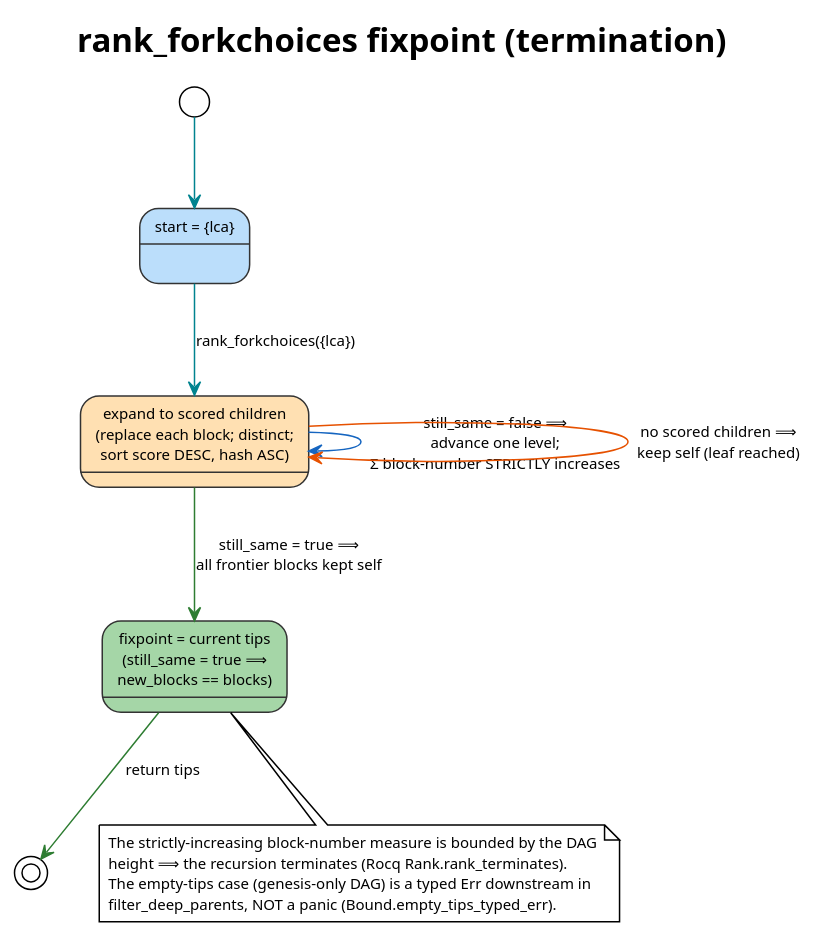
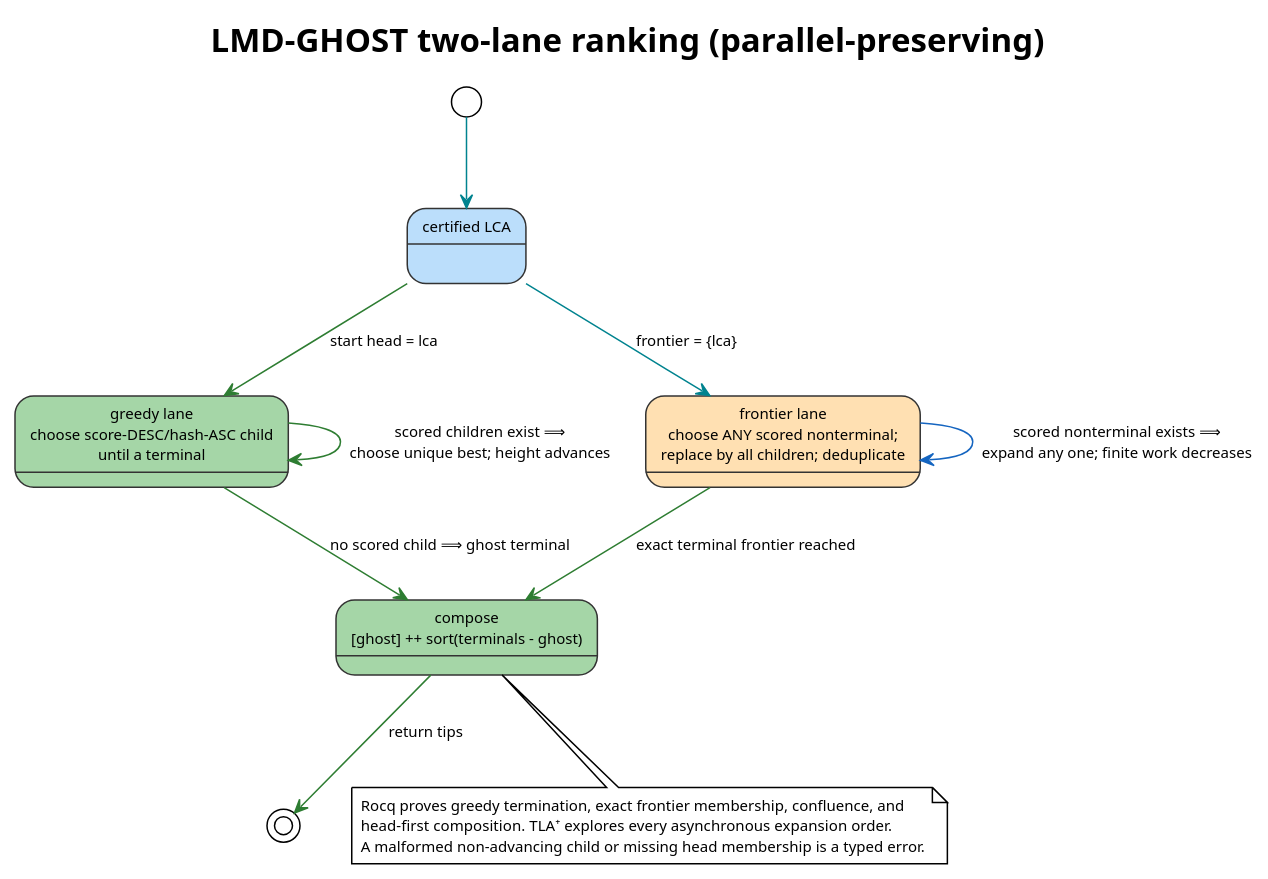
One commit to F1R3FLY-io/f1r3node-rust changed the diagram in docs/theory/fork-choice/diagrams/06-state-rank-fixpoint.puml. Above: the diagram before and after it, drawn with PlantUML. The commit also changed other lines of this file and 859 other files, not shown here.

```diff
--- a/docs/theory/fork-choice/diagrams/06-state-rank-fixpoint.puml
+++ b/docs/theory/fork-choice/diagrams/06-state-rank-fixpoint.puml
@@ -16,48 +14,50 @@
 @startuml 06-state-rank-fixpoint
 !theme plain
 
 skinparam state {
   BackgroundColor  #FFFFFF
   BorderColor      #333333
   ArrowColor       #444444
   FontName         "monospace"
   FontSize         10
 }
 skinparam legendFontName "monospace"
 skinparam legendFontSize 10
 skinparam legendBackgroundColor #FFFFFF
 skinparam legendBorderColor #666666
 skinparam defaultFontName "monospace"
 skinparam defaultFontSize 10
 
-title rank_forkchoices fixpoint (termination)
+title LMD-GHOST two-lane ranking (parallel-preserving)
 
 ' State color legend:
 '   blue   (#BBDEFB) = seed frontier {lca}
 '   orange (#FFE0B2) = expand-and-sort frontier (one level)
 '   green  (#A5D6A7) = fixpoint reached (accepting)
 ' Edge color legend:
 '   teal  (#00838F) = initial descent
 '   blue  (#1565C0) = progress step (measure strictly increases)
 '   orange(#E65100) = leaf guard (block keeps self)
 '   green (#2E7D32) = fixpoint transition
 
-state "start = {lca}" as Seed #BBDEFB
-state "expand to scored children\n(replace each block; distinct;\nsort score DESC, hash ASC)" as Expand #FFE0B2
-state "fixpoint = current tips\n(still_same = true ⟹\nnew_blocks == blocks)" as Fix #A5D6A7
+state "certified LCA" as Seed #BBDEFB
+state "greedy lane\nchoose score-DESC/hash-ASC child\nuntil a terminal" as Greedy #A5D6A7
+state "frontier lane\nchoose ANY scored nonterminal;\nreplace by all children; deduplicate" as Expand #FFE0B2
+state "compose\n[ghost] ++ sort(terminals - ghost)" as Fix #A5D6A7
 
 [*] -[#00838F]-> Seed
-Seed -[#00838F]-> Expand : rank_forkchoices({lca})
-Expand -[#1565C0]-> Expand : still_same = false ⟹\nadvance one level;\nΣ block-number STRICTLY increases
-Expand -[#E65100]-> Expand : no scored children ⟹\nkeep self (leaf reached)
-Expand -[#2E7D32]-> Fix : still_same = true ⟹\nall frontier blocks kept self
+Seed -[#2E7D32]-> Greedy : start head = lca
+Seed -[#00838F]-> Expand : frontier = {lca}
+Greedy -[#2E7D32]-> Greedy : scored children exist ⟹\nchoose unique best; height advances
+Expand -[#1565C0]-> Expand : scored nonterminal exists ⟹\nexpand any one; finite work decreases
+Greedy -[#2E7D32]-> Fix : no scored child ⟹ ghost terminal
+Expand -[#2E7D32]-> Fix : exact terminal frontier reached
 Fix -[#2E7D32]-> [*] : return tips
 
 note bottom of Fix
-  The strictly-increasing block-number measure is bounded by the DAG
-  height ⟹ the recursion terminates (Rocq Rank.rank_terminates).
-  The empty-tips case (genesis-only DAG) is a typed Err downstream in
-  filter_deep_parents, NOT a panic (Bound.empty_tips_typed_err).
+  Rocq proves greedy termination, exact frontier membership, confluence, and
+  head-first composition. TLA⁺ explores every asynchronous expansion order.
+  A malformed non-advancing child or missing head membership is a typed error.
 end note
 
 @enduml
```
